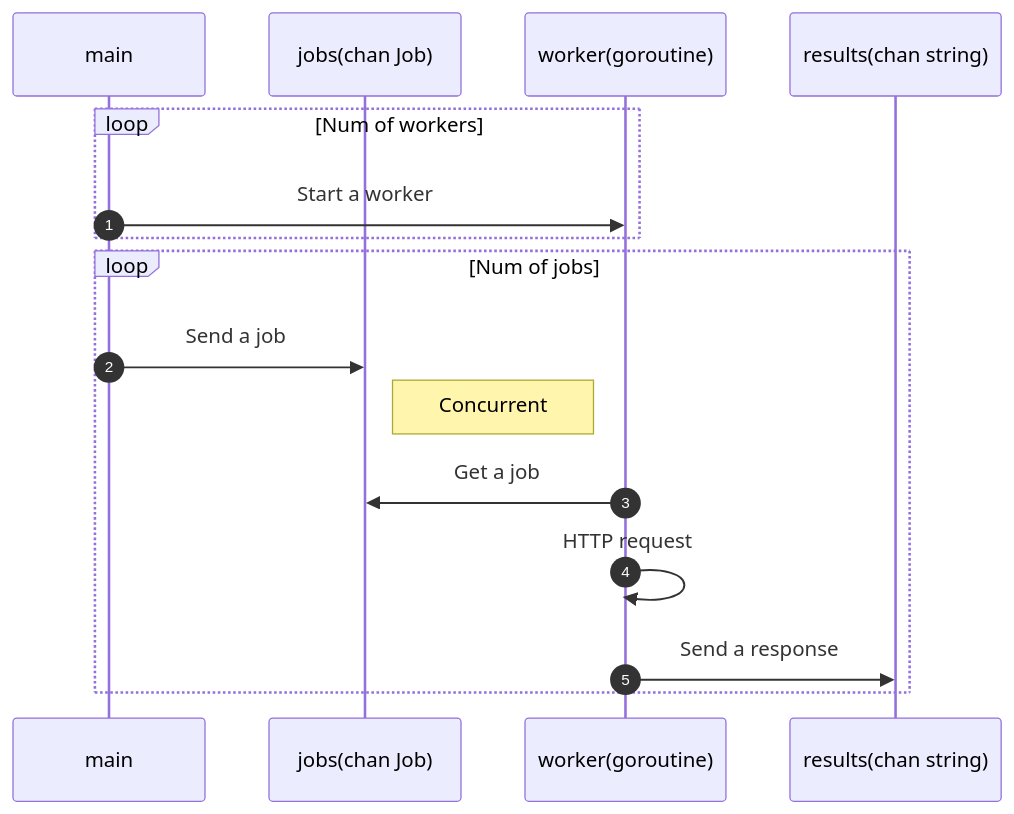
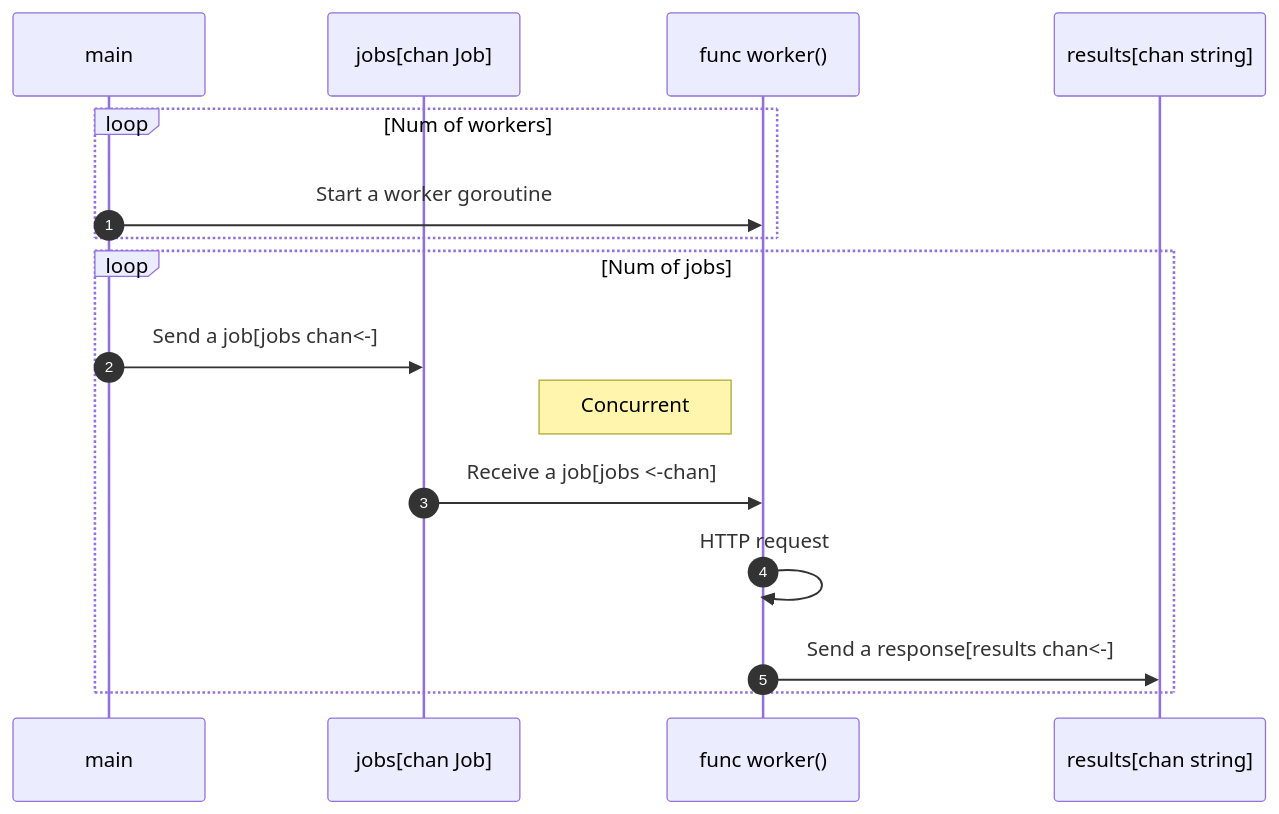
One commit to tom-uchida/go-concurrency changed the diagram in sandbox/worker-pools/README.md. Above: the diagram before and after it, drawn with Mermaid.

Commit message:
docs: fix sequence fig

````diff
--- a/sandbox/worker-pools/README.md
+++ b/sandbox/worker-pools/README.md
@@ -5,20 +5,20 @@
 ```mermaid
 sequenceDiagram
     autonumber
     participant main as main
-    participant jobs as jobs(chan Job)
-    participant workers as worker(goroutine)
-    participant results as results(chan string)
+    participant jobs as jobs[chan Job]
+    participant workers as func worker()
+    participant results as results[chan string]
     
     loop Num of workers
-        main ->> workers: Start a worker
+        main ->> workers: Start a worker goroutine
     end
 
     loop Num of jobs
-        main ->> jobs: Send a job
+        main ->> jobs: Send a job[jobs chan<-]
         Note left of workers: Concurrent
-        workers ->> jobs: Get a job
+        jobs ->> workers: Receive a job[jobs <-chan]
         workers ->> workers: HTTP request
-        workers ->> results: Send a response
+        workers ->> results: Send a response[results chan<-]
     end
 ```
````
